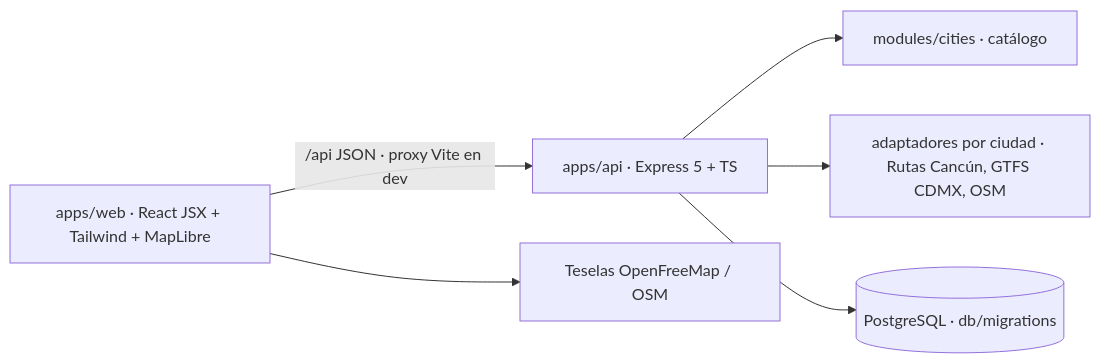
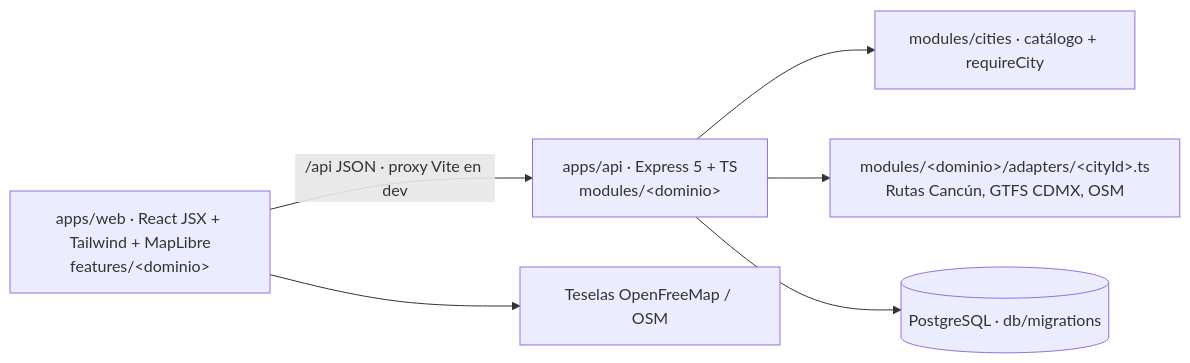
Before and after one commit to MoggerSir/KindHop: the diagram in docs/01-architecture/overview.md, drawn with Mermaid. The commit also changed other lines of this file and 87 other files, not shown here.

````diff
--- a/docs/01-architecture/overview.md
+++ b/docs/01-architecture/overview.md
@@ -3,8 +5,8 @@
 ```mermaid
 flowchart LR
-  W[apps/web · React JSX + Tailwind + MapLibre] -->|/api JSON · proxy Vite en dev| A[apps/api · Express 5 + TS]
-  A --> C[modules/cities · catálogo]
-  A --> AD[adaptadores por ciudad · Rutas Cancún, GTFS CDMX, OSM]
+  W[apps/web · React JSX + Tailwind + MapLibre<br/>features/&lt;dominio&gt;] -->|/api JSON · proxy Vite en dev| A[apps/api · Express 5 + TS<br/>modules/&lt;dominio&gt;]
+  A --> C[modules/cities · catálogo + requireCity]
+  A --> AD[modules/&lt;dominio&gt;/adapters/&lt;cityId&gt;.ts<br/>Rutas Cancún, GTFS CDMX, OSM]
   A --> P[(PostgreSQL · db/migrations)]
   W --> T[Teselas OpenFreeMap / OSM]
 ```
````
